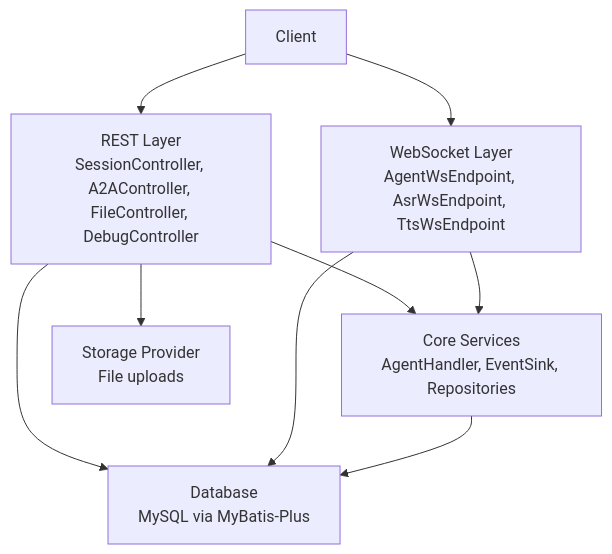
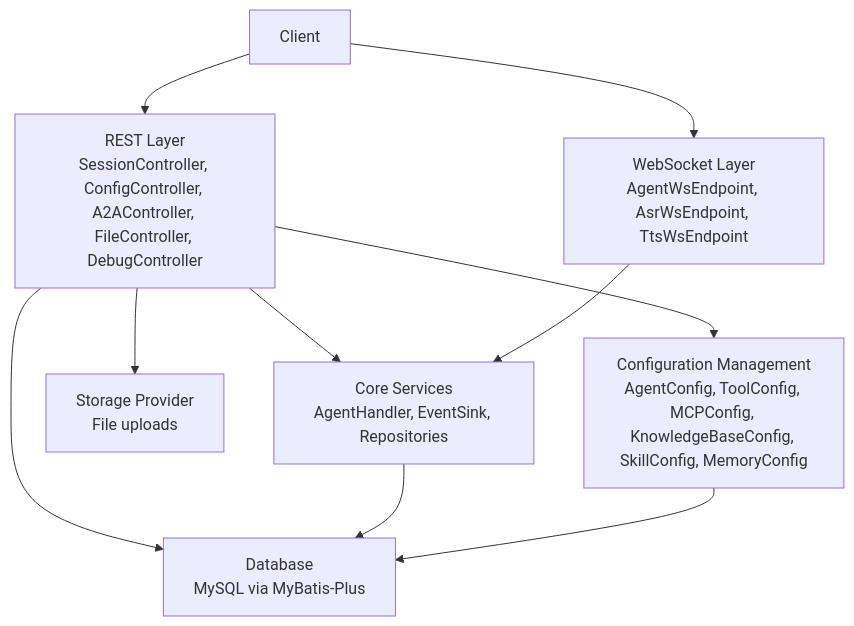
One commit to alibaba/tron-one-agent changed the second of 5 diagrams in .qoder/repowiki/en/content/API Reference/API Reference.md. Above: the diagram before and after it, drawn with Mermaid. The commit also changed other lines of this file and 6 other files, not shown here.

````diff
--- a/.qoder/repowiki/en/content/API Reference/API Reference.md
+++ b/.qoder/repowiki/en/content/API Reference/API Reference.md
@@ -110,17 +144,19 @@
 ```mermaid
 graph TB
 Client["Client"]
-REST["REST Layer<br/>SessionController, A2AController, FileController, DebugController"]
+REST["REST Layer<br/>SessionController, ConfigController, A2AController, FileController, DebugController"]
 WS["WebSocket Layer<br/>AgentWsEndpoint, AsrWsEndpoint, TtsWsEndpoint"]
 Core["Core Services<br/>AgentHandler, EventSink, Repositories"]
 Store["Storage Provider<br/>File uploads"]
 DB["Database<br/>MySQL via MyBatis-Plus"]
+Config["Configuration Management<br/>AgentConfig, ToolConfig, MCPConfig, KnowledgeBaseConfig, SkillConfig, MemoryConfig"]
 Client --> REST
 Client --> WS
 REST --> Core
 WS --> Core
 REST --> Store
 REST --> DB
-WS --> DB
+REST --> Config
 Core --> DB
+Config --> DB
 ```
````
